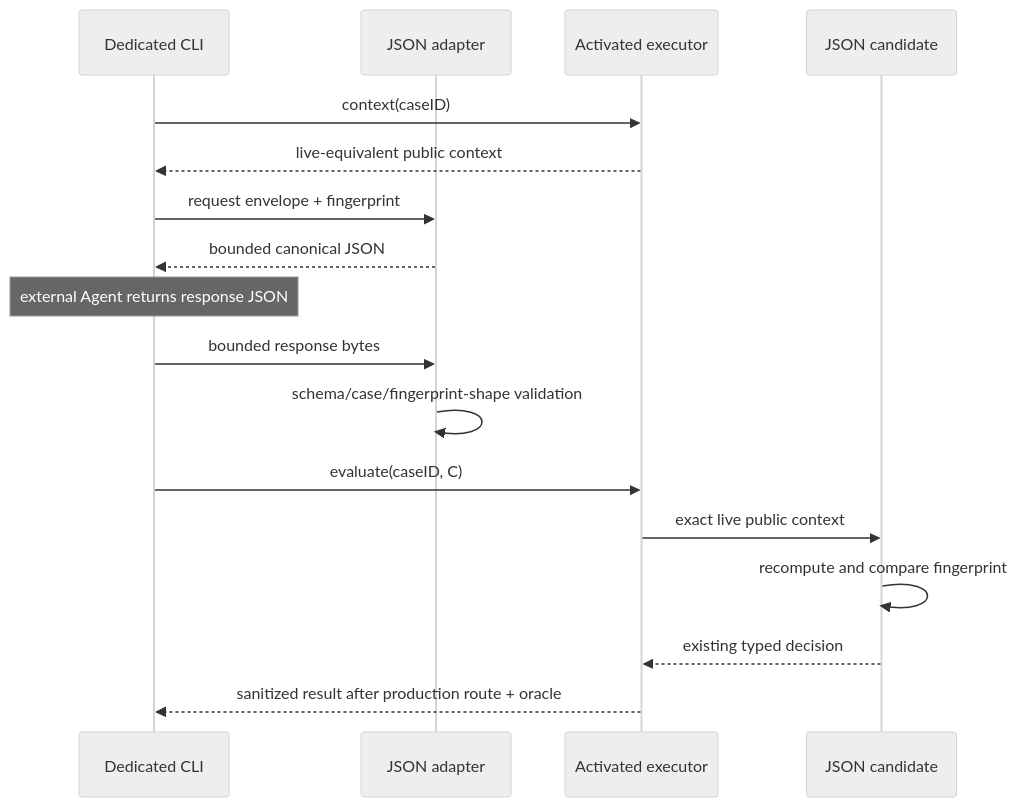
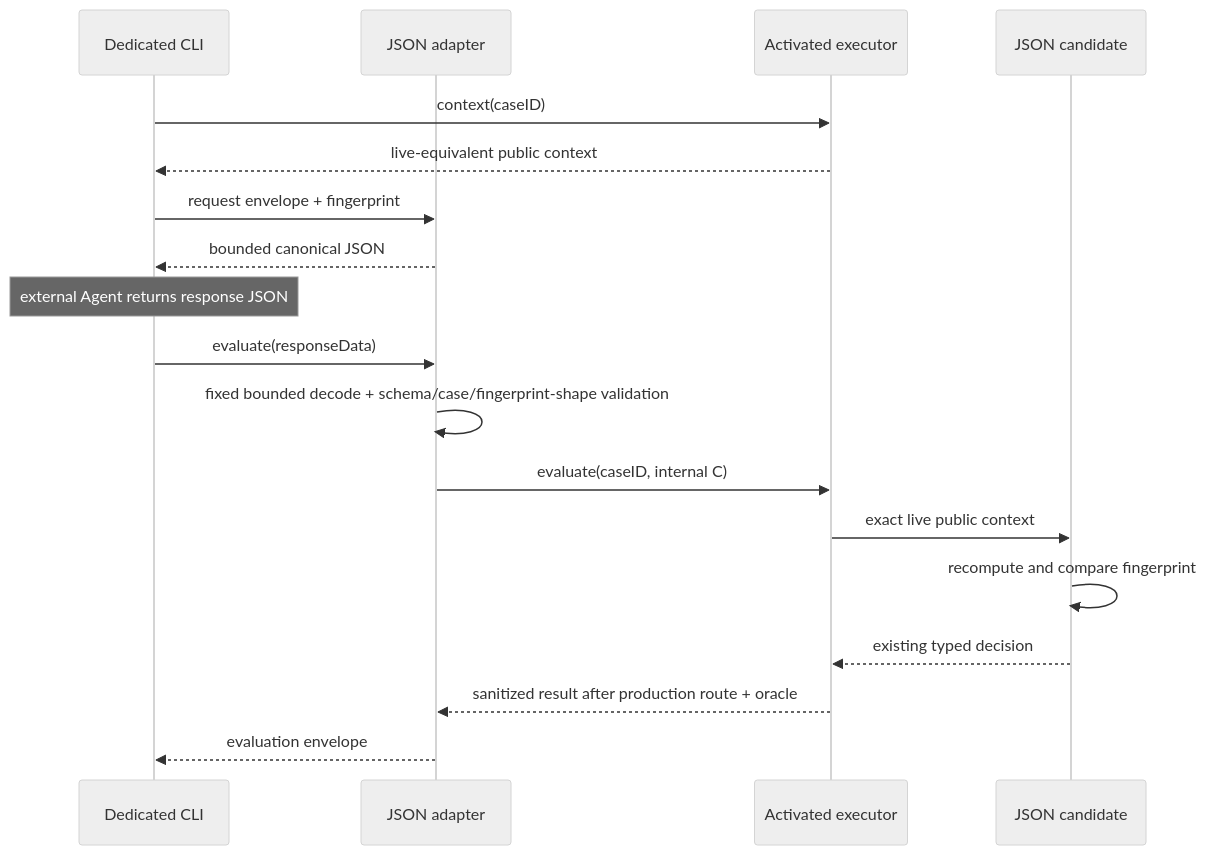
Before and after one commit to 1amageek/Rupa: the second of 2 diagrams in RupaKit/Sources/RupaAgentCADBenchmarkJSONAdapter/DESIGN.md, drawn with Mermaid (neutral theme). The commit also changed other lines of this file and 14 other files, not shown here.

````diff
--- a/RupaKit/Sources/RupaAgentCADBenchmarkJSONAdapter/DESIGN.md
+++ b/RupaKit/Sources/RupaAgentCADBenchmarkJSONAdapter/DESIGN.md
@@ -137,19 +147,20 @@
 ```mermaid
 sequenceDiagram
     participant CLI as Dedicated CLI
     participant J as JSON adapter
     participant X as Activated executor
     participant C as JSON candidate
     CLI->>X: context(caseID)
     X-->>CLI: live-equivalent public context
     CLI->>J: request envelope + fingerprint
     J-->>CLI: bounded canonical JSON
     Note over CLI: external Agent returns response JSON
-    CLI->>J: bounded response bytes
-    J->>J: schema/case/fingerprint-shape validation
-    CLI->>X: evaluate(caseID, C)
+    CLI->>J: evaluate(responseData)
+    J->>J: fixed bounded decode + schema/case/fingerprint-shape validation
+    J->>X: evaluate(caseID, internal C)
     X->>C: exact live public context
     C->>C: recompute and compare fingerprint
     C-->>X: existing typed decision
-    X-->>CLI: sanitized result after production route + oracle
+    X-->>J: sanitized result after production route + oracle
+    J-->>CLI: evaluation envelope
 ```
````
